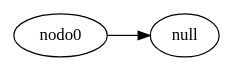
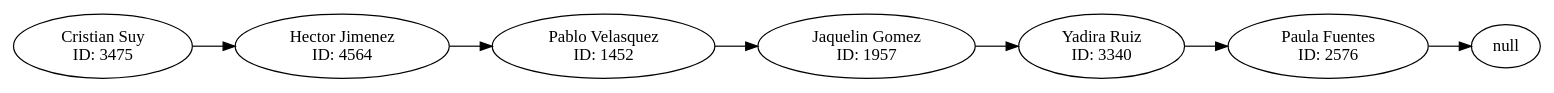
Before and after one commit to Ssolares0/EDD_VJ1S2023_PY_202004822: the diagram in FASE1/Reportes/ListaEmpleados.dot, drawn with Graphviz. The commit also changed 5 other files, not shown here.

```diff
--- a/FASE1/Reportes/ListaEmpleados.dot
+++ b/FASE1/Reportes/ListaEmpleados.dot
@@ -1,6 +1,23 @@
 digraph ListaSimple{
 rankdir=LR;
 node[shape = oval];
 nodonull2[label="null"];
-nodo0->nodonull2;
+nodo0[label="Cristian Suy
+ID: 3475 "];
+nodo1[label="Hector Jimenez
+ID: 4564 "];
+nodo2[label="Pablo Velasquez
+ID: 1452 "];
+nodo3[label="Jaquelin Gomez
+ID: 1957 "];
+nodo4[label="Yadira Ruiz
+ID: 3340 "];
+nodo5[label="Paula Fuentes
+ID: 2576 "];
+nodo0->nodo1;
+nodo1->nodo2;
+nodo2->nodo3;
+nodo3->nodo4;
+nodo4->nodo5;
+nodo5->nodonull2;
 }
```
